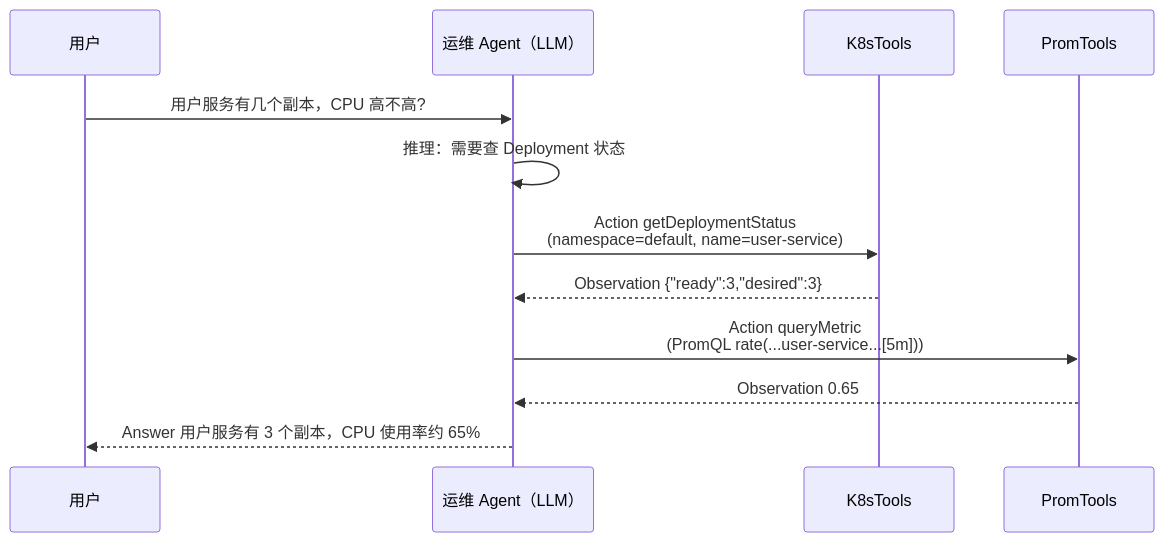
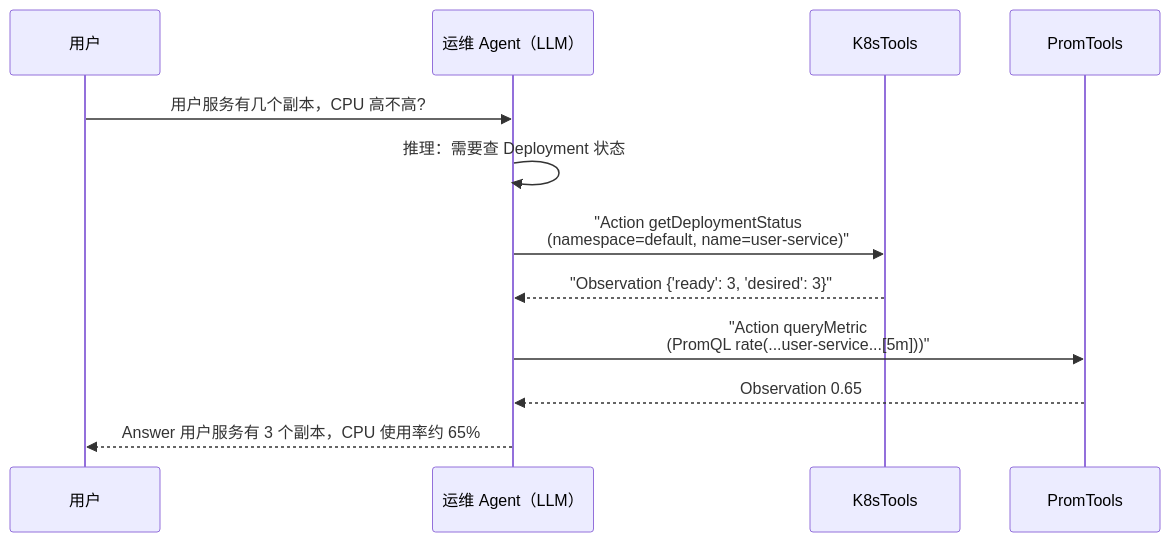
One commit to UranusGit/java-agent-learn changed the third of 3 diagrams in docs/tutorials/spring-ai/03-Tool调用.md. Above: the diagram before and after it, drawn with Mermaid. The commit also changed 137 other files, not shown here.

First line of the commit message:
docs全库mermaid图质量深化：改写残留字符画、补缺图、修坏图

````diff
--- a/docs/tutorials/spring-ai/03-Tool调用.md
+++ b/docs/tutorials/spring-ai/03-Tool调用.md
@@ -394,14 +394,14 @@
 ```mermaid
 sequenceDiagram
     participant User as 用户
     participant LLM as 运维 Agent（LLM）
     participant K8s as K8sTools
     participant Prom as PromTools
     User->>LLM: 用户服务有几个副本，CPU 高不高?
     LLM->>LLM: 推理：需要查 Deployment 状态
-    LLM->>K8s: Action getDeploymentStatus<br/>(namespace=default, name=user-service)
-    K8s-->>LLM: Observation {"ready":3,"desired":3}
-    LLM->>Prom: Action queryMetric<br/>(PromQL rate(...user-service...[5m]))
+    LLM->>K8s: "Action getDeploymentStatus<br/>(namespace=default, name=user-service)"
+    K8s-->>LLM: "Observation {'ready': 3, 'desired': 3}"
+    LLM->>Prom: "Action queryMetric<br/>(PromQL rate(...user-service...[5m]))"
     Prom-->>LLM: Observation 0.65
     LLM-->>User: Answer 用户服务有 3 个副本，CPU 使用率约 65%
 ```
````
